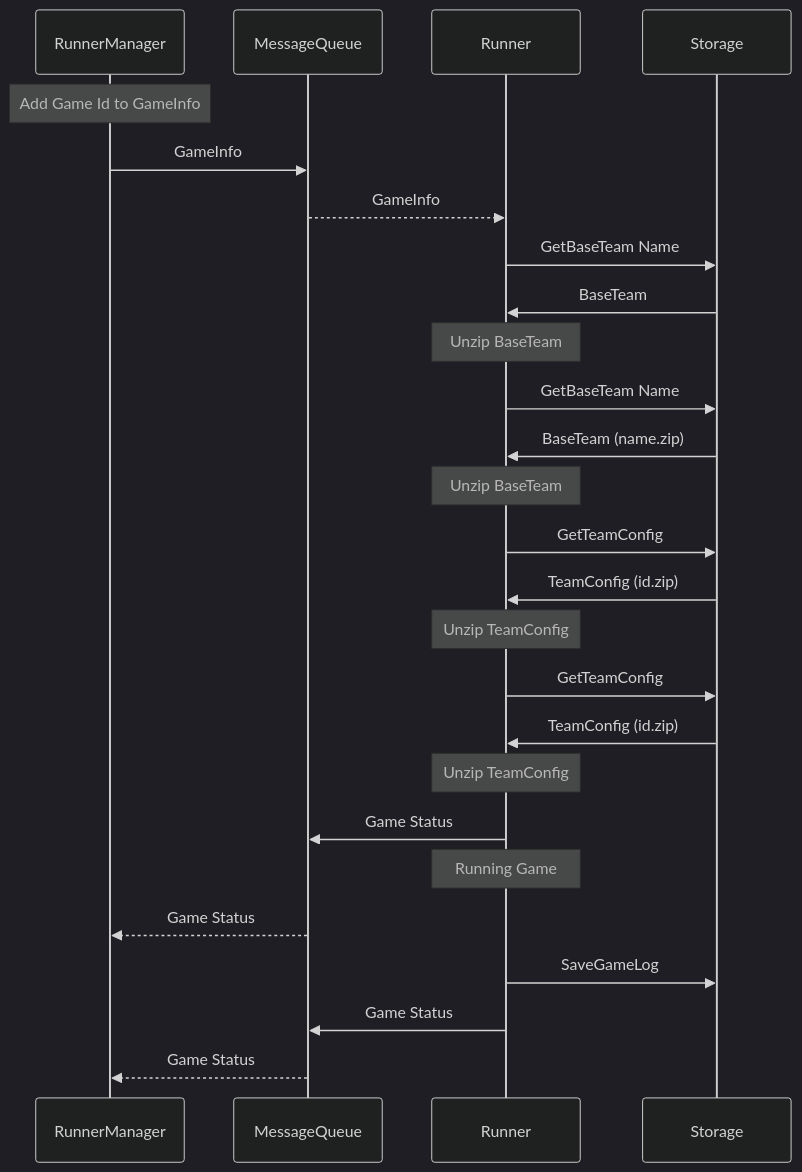
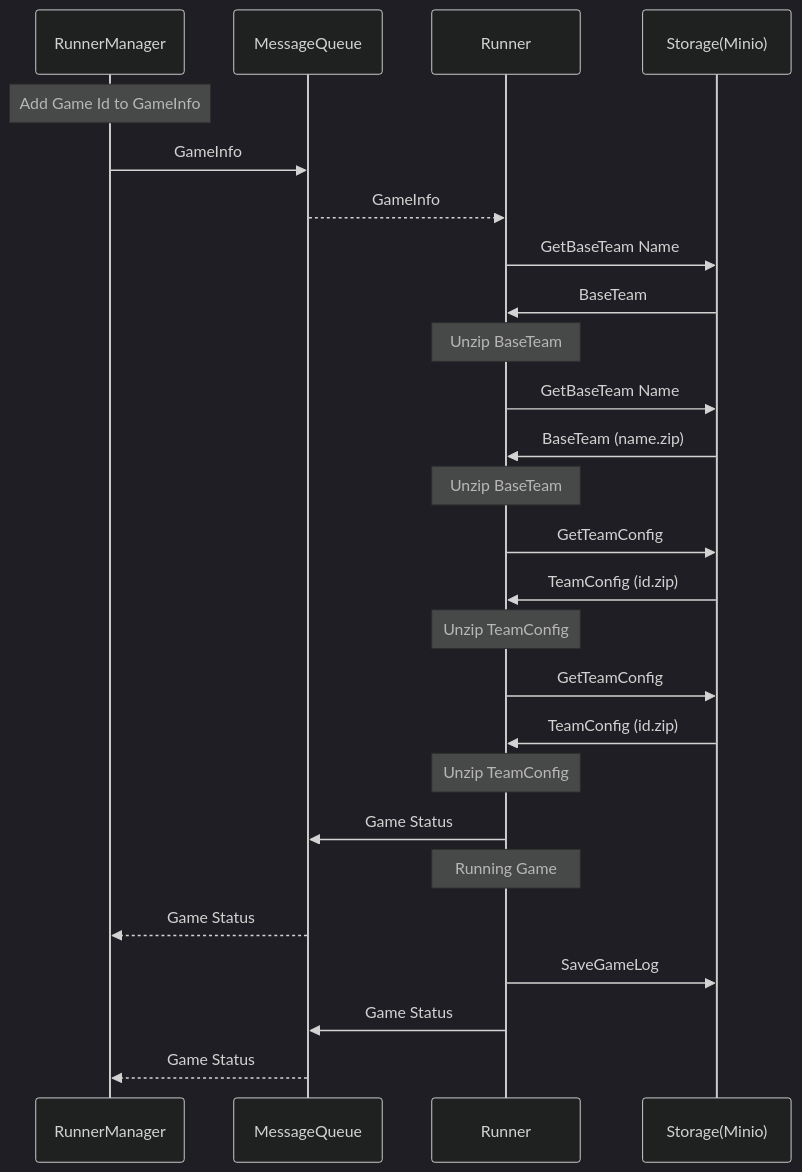
One commit to RCSS-Tournament-Manager/foxsy-tournament-manager changed the second of 3 diagrams in runner/readme.md. Above: the diagram before and after it, drawn with Mermaid (dark theme). The commit also changed other lines of this file and 9 other files, not shown here.

````diff
--- a/runner/readme.md
+++ b/runner/readme.md
@@ -43,28 +43,28 @@
 ```mermaid
 sequenceDiagram
     participant RM as RunnerManager
     participant MQ as MessageQueue
     participant R as Runner
-    participant S as Storage
+    participant S as Storage(Minio)
     Note over RM: Add Game Id to GameInfo
     RM->>MQ: GameInfo
     MQ-->>R: GameInfo
     R->>S: GetBaseTeam Name
     S->>R: BaseTeam
     Note over R: Unzip BaseTeam
     R->>S: GetBaseTeam Name
     S->>R: BaseTeam (name.zip)
     Note over R: Unzip BaseTeam
     R->>S: GetTeamConfig
     S->>R: TeamConfig (id.zip)
     Note over R: Unzip TeamConfig
     R->>S: GetTeamConfig
     S->>R: TeamConfig (id.zip)
     Note over R: Unzip TeamConfig
     R->>MQ: Game Status
     Note over R: Running Game
     MQ-->>RM: Game Status
     R->>S: SaveGameLog
     R->>MQ: Game Status
     MQ-->>RM: Game Status
 ```
````
